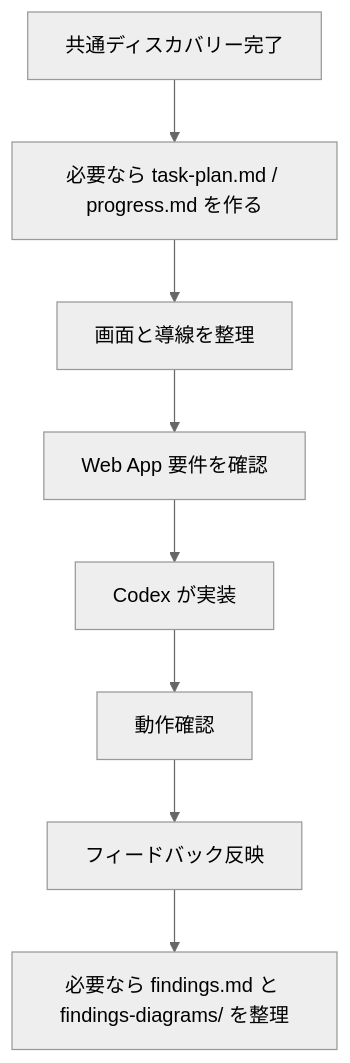
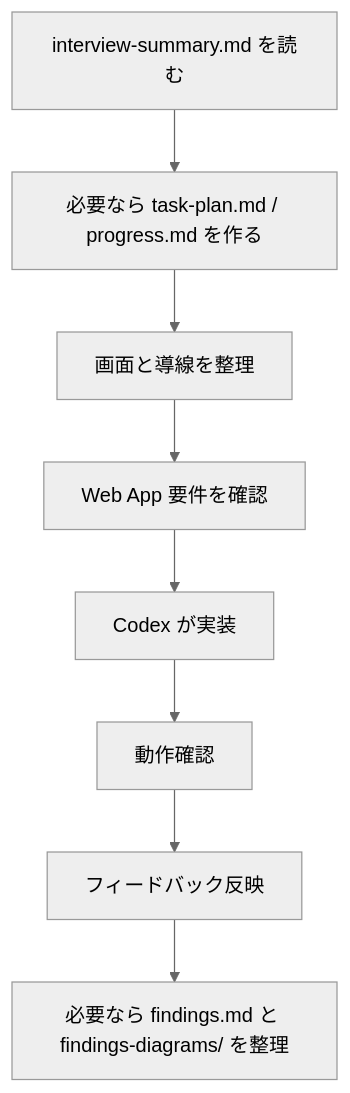
The second of 4 diagrams in README.md (ryota-nakazawa/ultra_sprint_harness), drawn with Mermaid (neutral theme) before and after one commit. The commit also changed other lines of this file and 4 other files, not shown here.

````diff
--- a/README.md
+++ b/README.md
@@ -85,10 +101,10 @@
 ```mermaid
 flowchart TD
-    A["共通ディスカバリー完了"] --> B["必要なら task-plan.md / progress.md を作る"]
+    A["interview-summary.md を読む"] --> B["必要なら task-plan.md / progress.md を作る"]
     B --> C["画面と導線を整理"]
     C --> D["Web App 要件を確認"]
     D --> E["Codex が実装"]
     E --> F["動作確認"]
     F --> G["フィードバック反映"]
     G --> H["必要なら findings.md と findings-diagrams/ を整理"]
 ```
````
